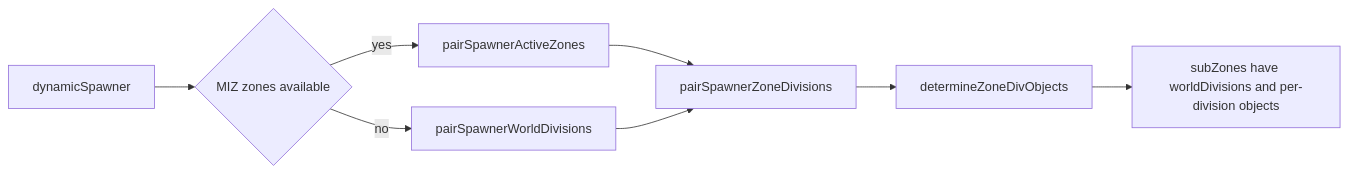
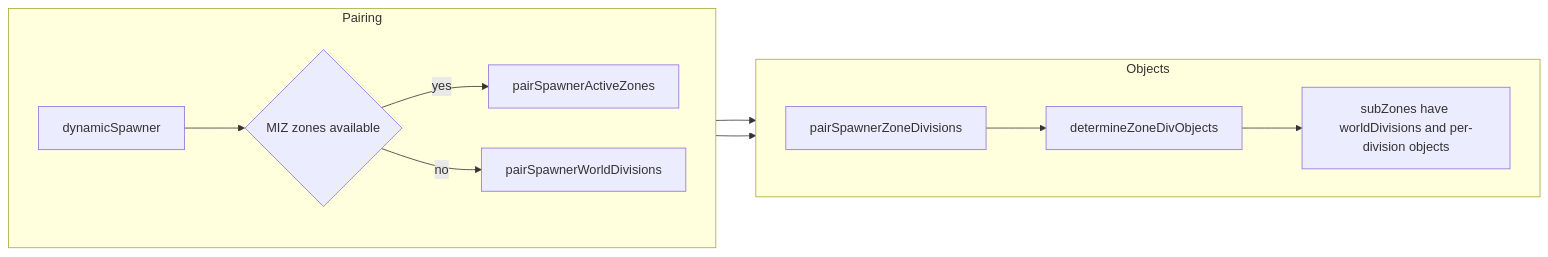
The fourth of 5 diagrams in docs/spawner/zones_and_divisions.md (Gh0st352/AETHR), drawn with Mermaid before and after one commit. The commit also changed other lines of this file and 9 other files, not shown here.

First line of the commit message:
docs(spawner, mermaid): restructure diagrams and clarify headings

````diff
--- a/docs/spawner/zones_and_divisions.md
+++ b/docs/spawner/zones_and_divisions.md
@@ -72,10 +106,20 @@
 ```mermaid
+%% shared theme: docs/_mermaid/theme.json %%
 flowchart LR
-  START[dynamicSpawner] --> CHOOSE{MIZ zones available}
-  CHOOSE -- yes --> PA[pairSpawnerActiveZones]
-  CHOOSE -- no --> PW[pairSpawnerWorldDivisions]
-  PA --> PZ[pairSpawnerZoneDivisions]
-  PW --> PZ
-  PZ --> OBJ[determineZoneDivObjects]
-  OBJ --> OUT[subZones have worldDivisions and per-division objects]
+  subgraph "Pairing"
+    direction LR
+    START[dynamicSpawner] --> CHOOSE{MIZ zones available}
+    CHOOSE -- "yes" --> PA[pairSpawnerActiveZones]
+    CHOOSE -- "no" --> PW[pairSpawnerWorldDivisions]
+  end
+  subgraph "Objects"
+    direction LR
+    PA --> PZ[pairSpawnerZoneDivisions]
+    PW --> PZ
+    PZ --> OBJ[determineZoneDivObjects]
+    OBJ --> OUT[subZones have worldDivisions and per-division objects]
+  end
+  class START class_io;
+  class CHOOSE class_decision;
+  class PA,PW,PZ,OBJ,OUT class_step;
 ```
````
